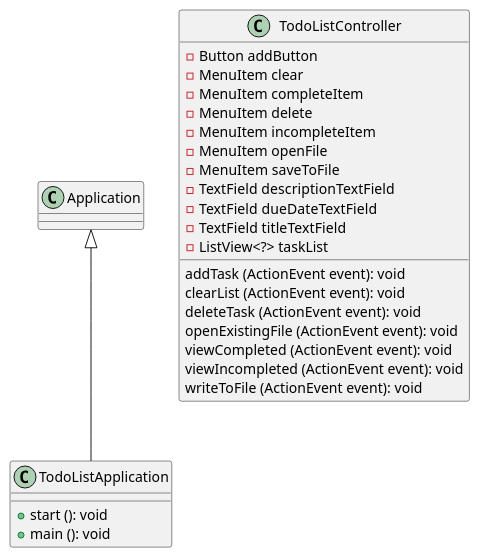
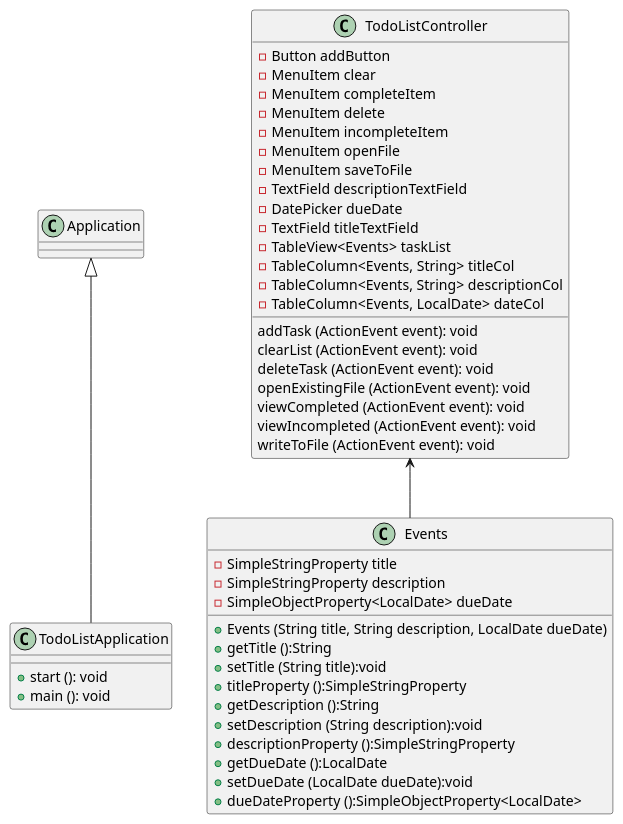
The diagram in docs/TodoList.puml (Leo2399/herrera-app1-impl), drawn with PlantUML before and after one commit.

Commit message:
updated uml diagram

```diff
--- a/docs/TodoList.puml
+++ b/docs/TodoList.puml
@@ -1,31 +1,54 @@
 @startuml
 
 class TodoListApplication {
     +start (): void
     +main (): void
 }
 
 Application <|-- TodoListApplication
 
 class TodoListController {
     -Button addButton
     -MenuItem clear
     -MenuItem completeItem
     -MenuItem delete
     -MenuItem incompleteItem
     -MenuItem openFile
     -MenuItem saveToFile
     -TextField descriptionTextField
-    -TextField dueDateTextField
+    -DatePicker dueDate
     -TextField titleTextField
-    -ListView<?> taskList
+    -TableView<Events> taskList
+    -TableColumn<Events, String> titleCol
+    -TableColumn<Events, String> descriptionCol
+    -TableColumn<Events, LocalDate> dateCol
 
     addTask (ActionEvent event): void
     clearList (ActionEvent event): void
     deleteTask (ActionEvent event): void
     openExistingFile (ActionEvent event): void
     viewCompleted (ActionEvent event): void
     viewIncompleted (ActionEvent event): void
     writeToFile (ActionEvent event): void
 }
+
+class Events {
+    -SimpleStringProperty title
+    -SimpleStringProperty description
+    -SimpleObjectProperty<LocalDate> dueDate
+
+    +Events (String title, String description, LocalDate dueDate)
+    +getTitle ():String
+    +setTitle (String title):void
+    +titleProperty ():SimpleStringProperty
+    +getDescription ():String
+    +setDescription (String description):void
+    +descriptionProperty ():SimpleStringProperty
+    +getDueDate ():LocalDate
+    +setDueDate (LocalDate dueDate):void
+    +dueDateProperty ():SimpleObjectProperty<LocalDate>
+
+}
+
+TodoListController<--Events
 @enduml
```
